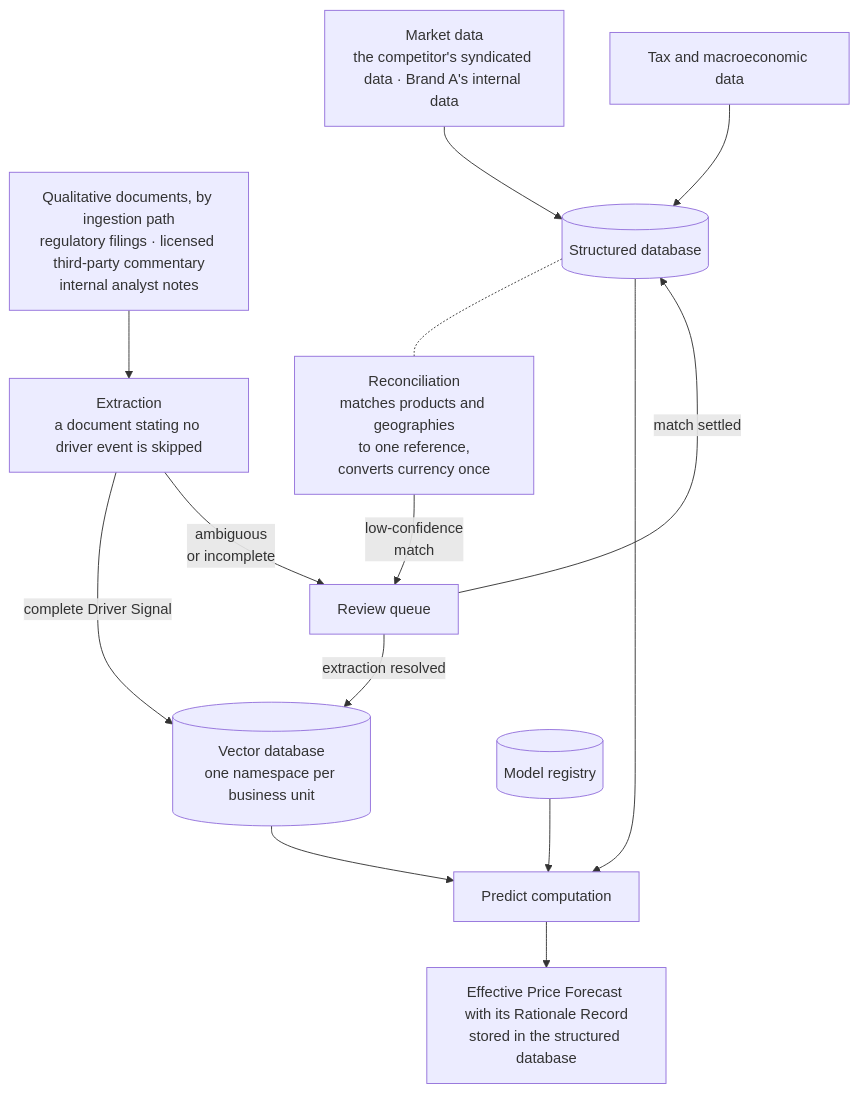
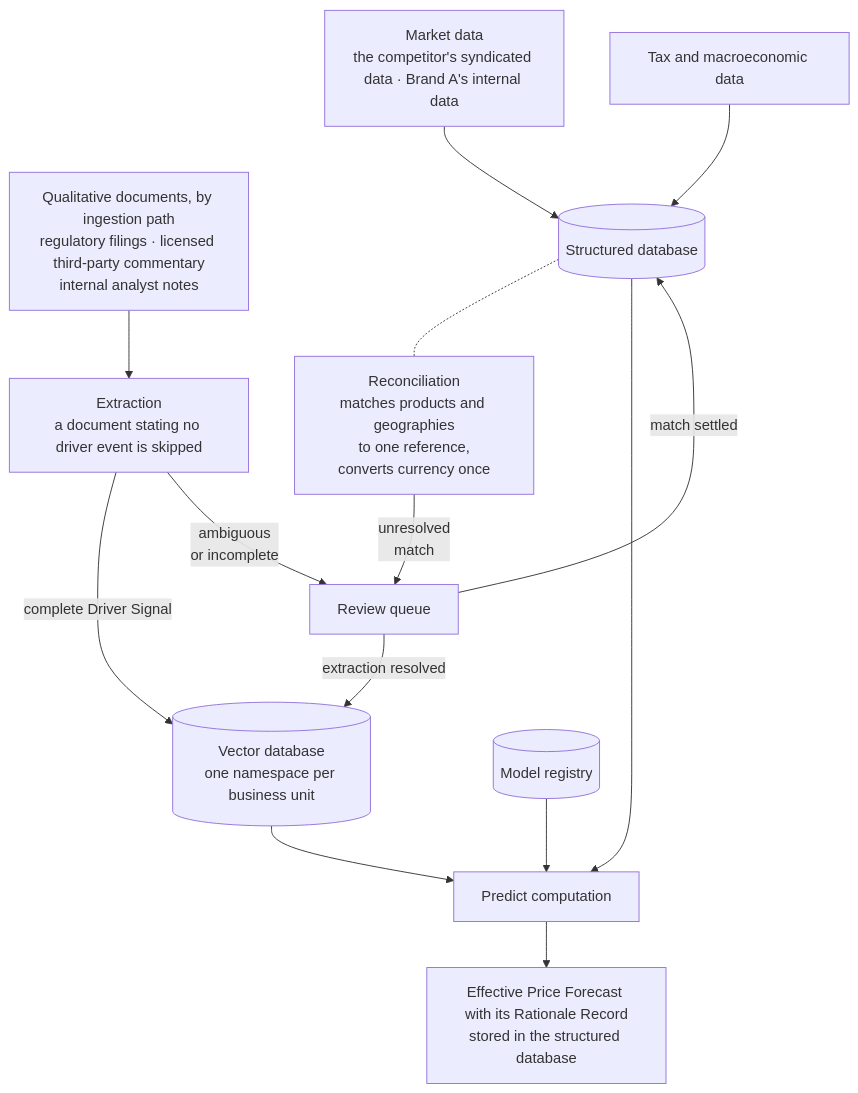
The third of 5 diagrams in specs/application/technical/architecture.md (billy-atkins/price-horizon), drawn with Mermaid before and after one commit. The commit also changed other lines of this file and 33 other files, not shown here.

````diff
--- a/specs/application/technical/architecture.md
+++ b/specs/application/technical/architecture.md
@@ -172,24 +174,24 @@
 ```mermaid
 ---
 config:
   layout: dagre
 ---
 flowchart TD
     MKT["Market data<br/>the competitor's syndicated data · Brand A's internal data"]
     TAX["Tax and macroeconomic data"]
     DOCS["Qualitative documents, by ingestion path<br/>regulatory filings · licensed third-party commentary<br/>internal analyst notes"]
     MKT --> SDB[("Structured database")]
     TAX --> SDB
     RECON["Reconciliation<br/>matches products and geographies<br/>to one reference,<br/>converts currency once"]
     SDB -.- RECON
     DOCS --> EXT["Extraction<br/>a document stating no driver event is skipped"]
     EXT -->|"complete Driver Signal"| VDB[("Vector database<br/>one namespace per business unit")]
-    RECON -->|"low-confidence<br/>match"| RQ["Review queue"]
+    RECON -->|"unresolved<br/>match"| RQ["Review queue"]
     EXT -->|"ambiguous<br/>or incomplete"| RQ
     RQ -->|"match settled"| SDB
     RQ -->|"extraction resolved"| VDB
     SDB --> PC["Predict computation"]
     VDB --> PC
     REG[("Model registry")] --> PC
     PC --> EPF["Effective Price Forecast with its Rationale Record<br/>stored in the structured database"]
 ```
````
